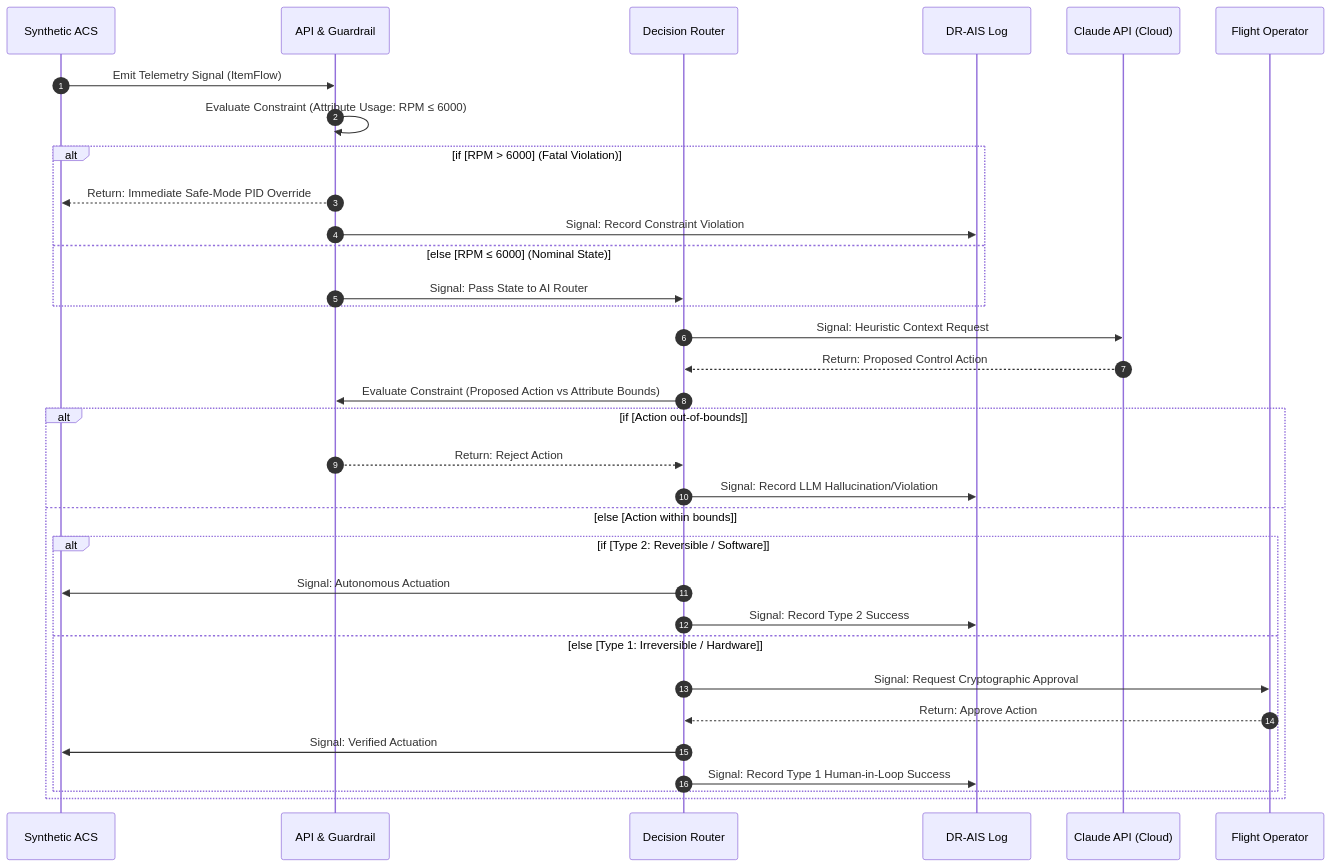
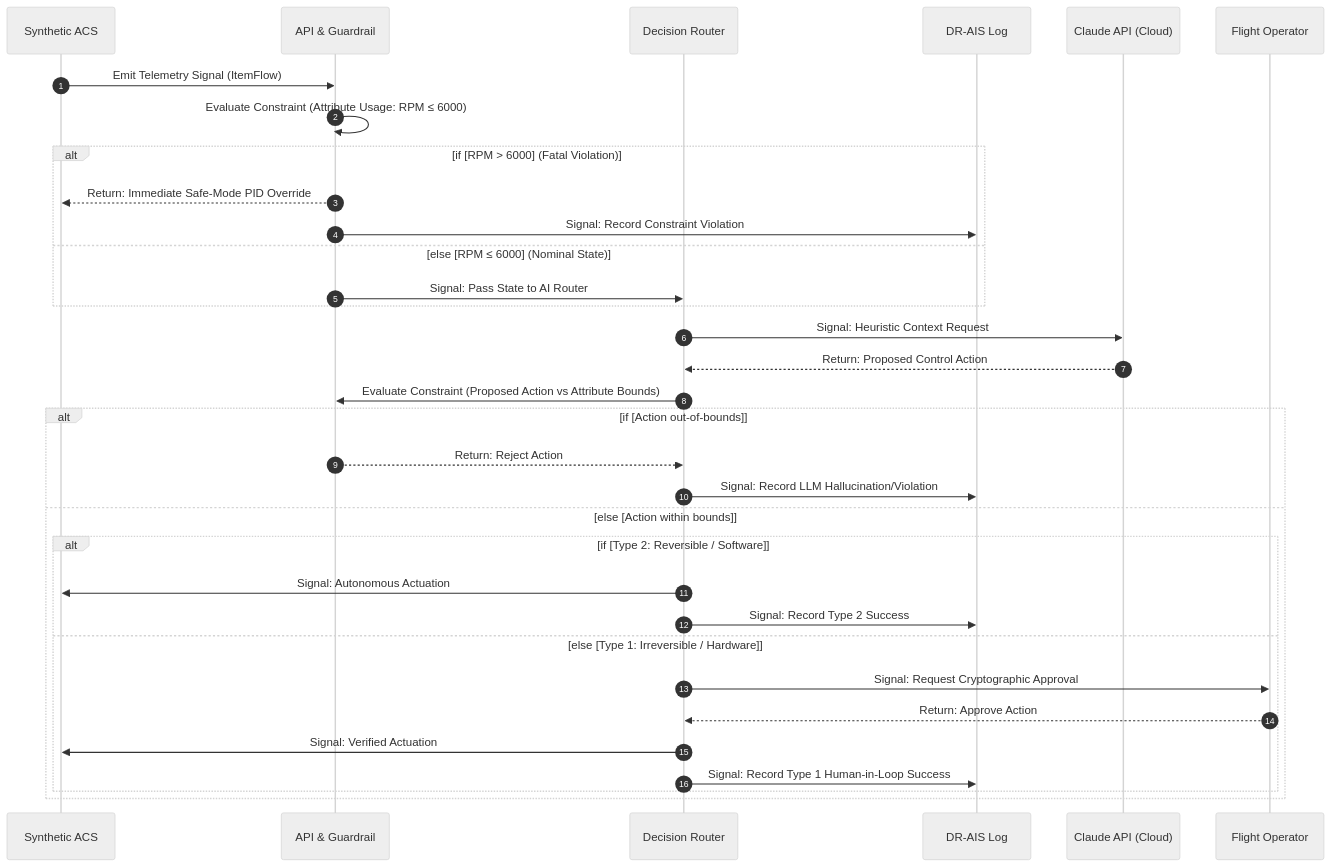
The third of 4 diagrams in ARCHITECTURE.md (camirian/safe-acs), drawn with Mermaid before and after one commit.

Commit message:
docs: use neutral theme for sequence diagram to enforce professional grey/white styling without native github purple lines

````diff
--- a/ARCHITECTURE.md
+++ b/ARCHITECTURE.md
@@ -87,42 +87,42 @@
 ```mermaid
-%%{init: {'theme': 'default', 'themeVariables': { 'altBackground': 'rgba(200, 200, 200, 0.2)', 'altBorder': '#333333'}}}%%
+%%{init: {'theme': 'neutral', 'themeVariables': { 'altBackground': 'rgba(230, 230, 230, 0.4)', 'altBorder': '#444444'}}}%%
 sequenceDiagram
     autonumber
     
     participant Sim as Synthetic ACS
     participant Edge as API & Guardrail
     participant Router as Decision Router
     participant Log as DR-AIS Log
     participant Claude as Claude API (Cloud)
     participant Human as Flight Operator
     
     Sim->>Edge: Emit Telemetry Signal (ItemFlow)
     Edge->>Edge: Evaluate Constraint (Attribute Usage: RPM ≤ 6000)
     
     alt if [RPM > 6000] (Fatal Violation)
         Edge-->>Sim: Return: Immediate Safe-Mode PID Override
         Edge->>Log: Signal: Record Constraint Violation
     else else [RPM ≤ 6000] (Nominal State)
         Edge->>Router: Signal: Pass State to AI Router
     end
     
     Router->>Claude: Signal: Heuristic Context Request
     Claude-->>Router: Return: Proposed Control Action
     
     Router->>Edge: Evaluate Constraint (Proposed Action vs Attribute Bounds)
     
     alt if [Action out-of-bounds]
         Edge-->>Router: Return: Reject Action
         Router->>Log: Signal: Record LLM Hallucination/Violation
     else else [Action within bounds]
         alt if [Type 2: Reversible / Software]
             Router->>Sim: Signal: Autonomous Actuation
             Router->>Log: Signal: Record Type 2 Success
         else else [Type 1: Irreversible / Hardware]
             Router->>Human: Signal: Request Cryptographic Approval
             Human-->>Router: Return: Approve Action
             Router->>Sim: Signal: Verified Actuation
             Router->>Log: Signal: Record Type 1 Human-in-Loop Success
         end
     end
 ```
````
